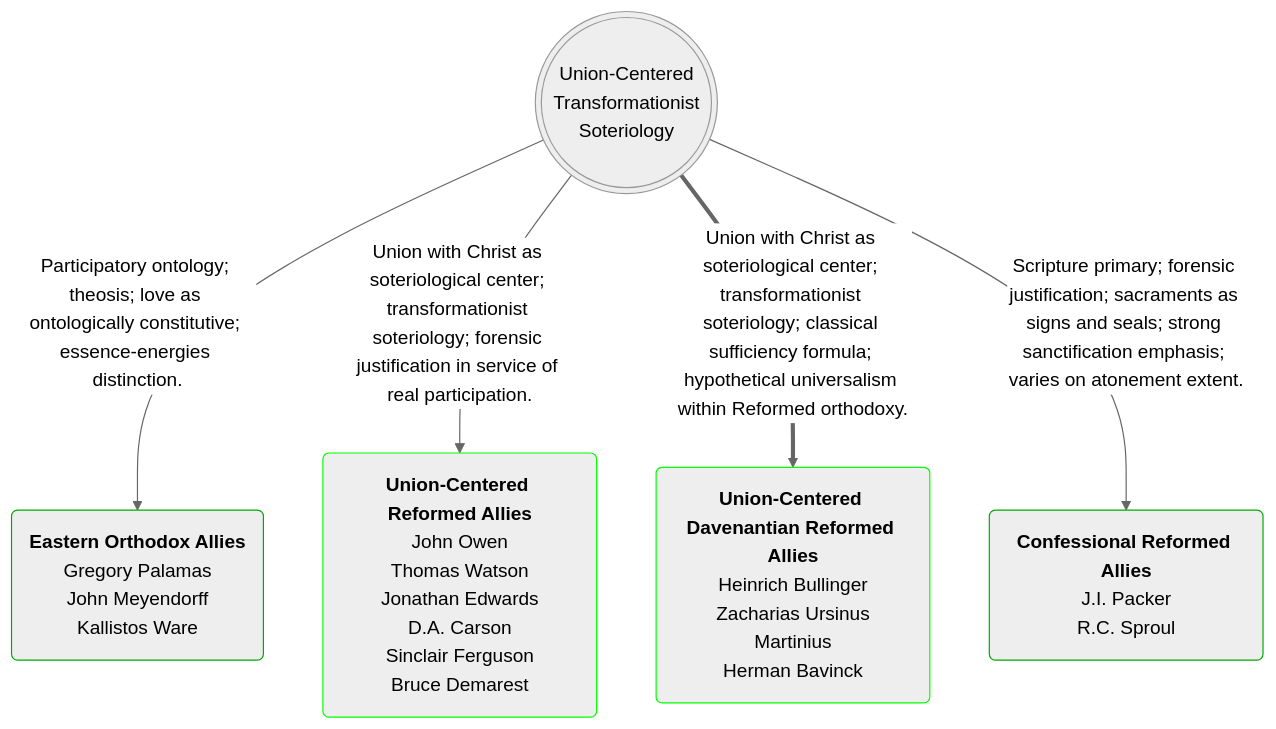
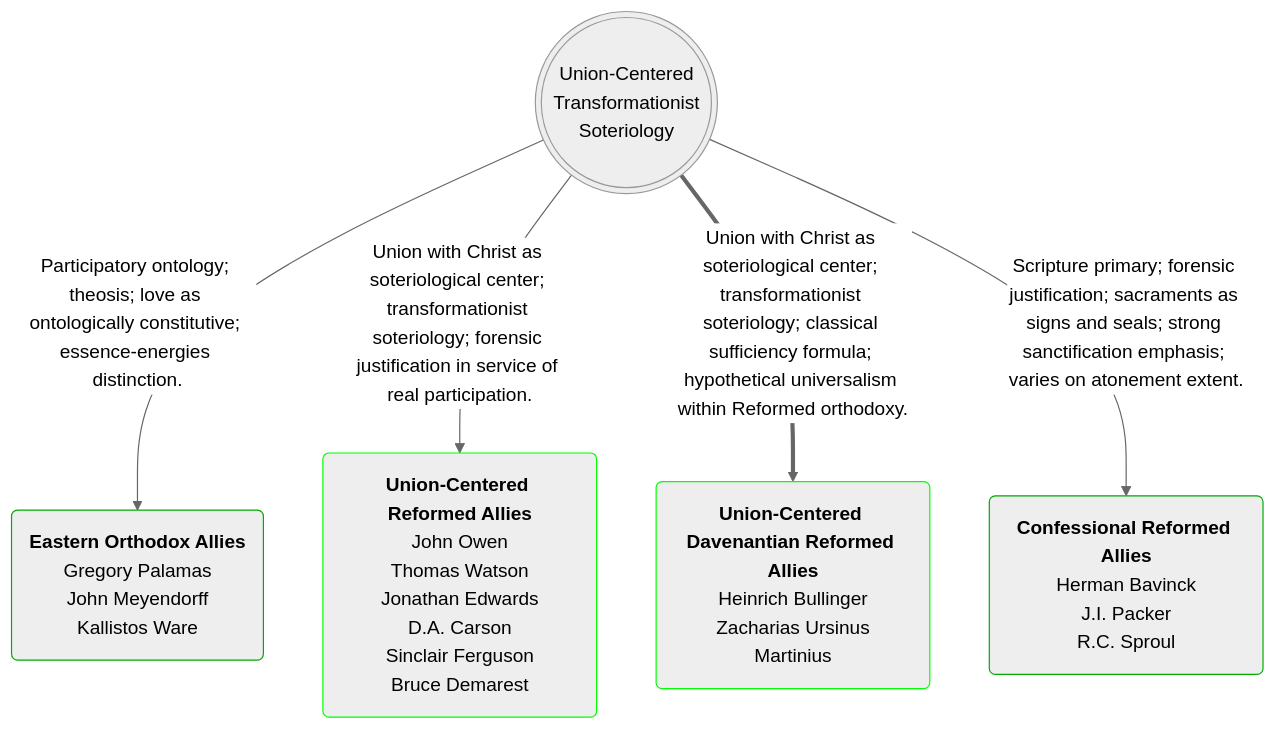
One commit to OrdoLuminis/ordoluminis.github.io changed the second of 2 diagrams in _posts/2026-03-27-confessional-transformationist-anglo-catholic.markdown. Above: the diagram before and after it, drawn with Mermaid (neutral theme). The commit also changed other lines of this file, not shown here.

````diff
--- a/_posts/2026-03-27-confessional-transformationist-anglo-catholic.markdown
+++ b/_posts/2026-03-27-confessional-transformationist-anglo-catholic.markdown
@@ -59,11 +59,11 @@
 ```mermaid
 flowchart TD
     A(((Union-Centered<br>Transformationist<br>Soteriology)))
     A -->|Participatory ontology; theosis; love as ontologically constitutive; essence-energies distinction.| B(<strong>Eastern Orthodox Allies</strong><br>Gregory Palamas<br>John Meyendorff<br>Kallistos Ware):::muted
     A -->|Union with Christ as soteriological center; transformationist soteriology; forensic justification in service of real participation.| D(<strong>Union-Centered Reformed Allies</strong><br>John Owen<br>Thomas Watson<br>Jonathan Edwards<br>D.A. Carson<br>Sinclair Ferguson<br>Bruce Demarest):::green
-    A ==>|Union with Christ as soteriological center; transformationist soteriology; classical sufficiency formula; hypothetical universalism within Reformed orthodoxy.| F(<strong>Union-Centered Davenantian Reformed Allies</strong><br>Heinrich Bullinger<br>Zacharias Ursinus<br>Martinius<br>Herman Bavinck):::green
-    A -->|Scripture primary; forensic justification; sacraments as signs and seals; strong sanctification emphasis; varies on atonement extent.| C(<strong>Confessional Reformed Allies</strong><br>J.I. Packer<br>R.C. Sproul):::muted
+    A ==>|Union with Christ as soteriological center; transformationist soteriology; classical sufficiency formula; hypothetical universalism within Reformed orthodoxy.| F(<strong>Union-Centered Davenantian Reformed Allies</strong><br>Heinrich Bullinger<br>Zacharias Ursinus<br>Martinius):::green
+    A -->|Scripture primary; forensic justification; sacraments as signs and seals; strong sanctification emphasis; varies on atonement extent.| C(<strong>Confessional Reformed Allies</strong><br>Herman Bavinck<br>J.I. Packer<br>R.C. Sproul):::muted
     classDef green stroke:#0f0
     classDef lightgreen stroke:#0a0
     classDef muted stroke:#0a0
 ```
````
